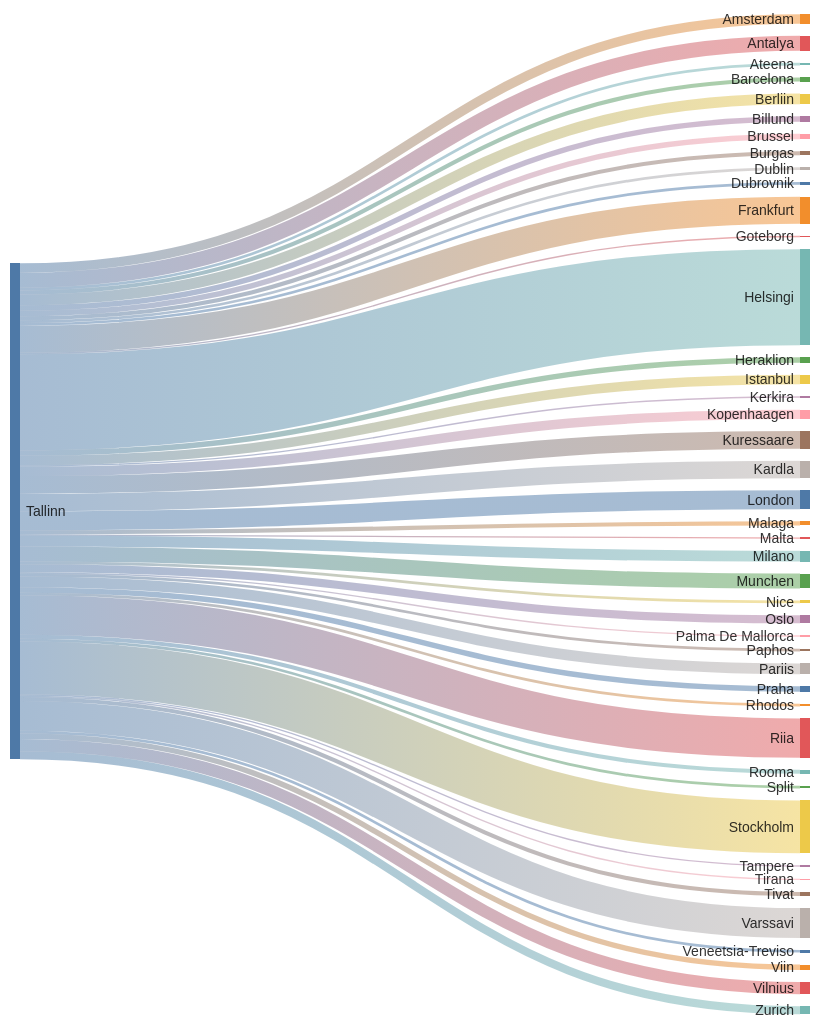
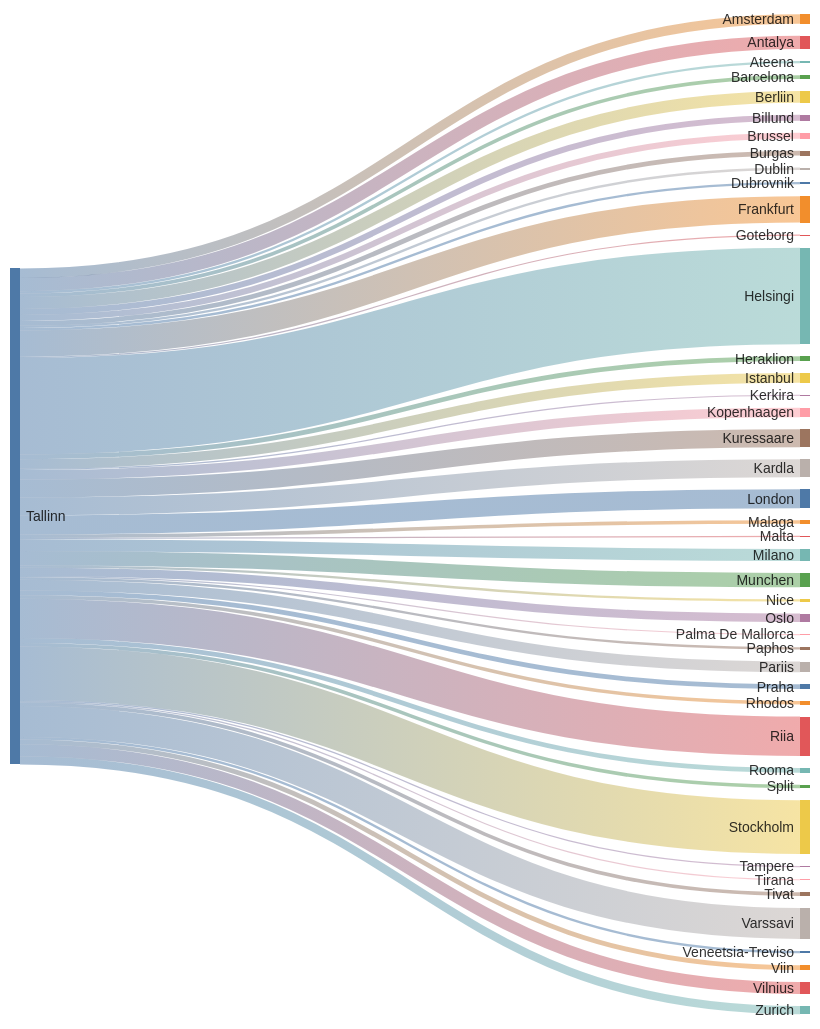
Before and after one commit to rainermesi/tll-airport-departures: the second of 2 diagrams in README.md, drawn with Mermaid. The commit also changed other lines of this file, not shown here.

````diff
--- a/README.md
+++ b/README.md
@@ -24,56 +24,56 @@
 ```mermaid
 ---
 config:
   sankey:
     showValues: false
     width: 800
     height: 1000
 ---
 sankey-beta
 %% source,target,value
-Tallinn,Amsterdam,7
+Tallinn,Amsterdam,8
 Tallinn,Antalya,11
 Tallinn,Ateena,2
 Tallinn,Barcelona,3
-Tallinn,Berliin,8
-Tallinn,Billund,4
-Tallinn,Brussel,4
-Tallinn,Burgas,3
+Tallinn,Berliin,10
+Tallinn,Billund,5
+Tallinn,Brussel,5
+Tallinn,Burgas,4
 Tallinn,Dublin,2
 Tallinn,Dubrovnik,2
-Tallinn,Frankfurt,20
+Tallinn,Frankfurt,22
 Tallinn,Goteborg,1
-Tallinn,Helsingi,71
+Tallinn,Helsingi,81
 Tallinn,Heraklion,4
-Tallinn,Istanbul,7
+Tallinn,Istanbul,8
 Tallinn,Kerkira,1
-Tallinn,Kopenhaagen,7
-Tallinn,Kuressaare,13
-Tallinn,Kardla,13
-Tallinn,London,14
+Tallinn,Kopenhaagen,8
+Tallinn,Kuressaare,15
+Tallinn,Kardla,15
+Tallinn,London,16
 Tallinn,Malaga,3
 Tallinn,Malta,1
-Tallinn,Milano,8
-Tallinn,Munchen,11
+Tallinn,Milano,10
+Tallinn,Munchen,12
 Tallinn,Nice,2
-Tallinn,Oslo,6
+Tallinn,Oslo,7
 Tallinn,Palma De Mallorca,1
 Tallinn,Paphos,2
-Tallinn,Pariis,8
+Tallinn,Pariis,9
 Tallinn,Praha,4
-Tallinn,Rhodos,2
-Tallinn,Riia,29
-Tallinn,Rooma,3
-Tallinn,Split,2
-Tallinn,Stockholm,39
+Tallinn,Rhodos,3
+Tallinn,Riia,33
+Tallinn,Rooma,4
+Tallinn,Split,3
+Tallinn,Stockholm,45
 Tallinn,Tampere,1
 Tallinn,Tirana,1
 Tallinn,Tivat,3
-Tallinn,Varssavi,22
+Tallinn,Varssavi,26
 Tallinn,Veneetsia-Treviso,2
 Tallinn,Viin,4
-Tallinn,Vilnius,9
-Tallinn,Zurich,6
+Tallinn,Vilnius,10
+Tallinn,Zurich,7
 
 
 ```
````
